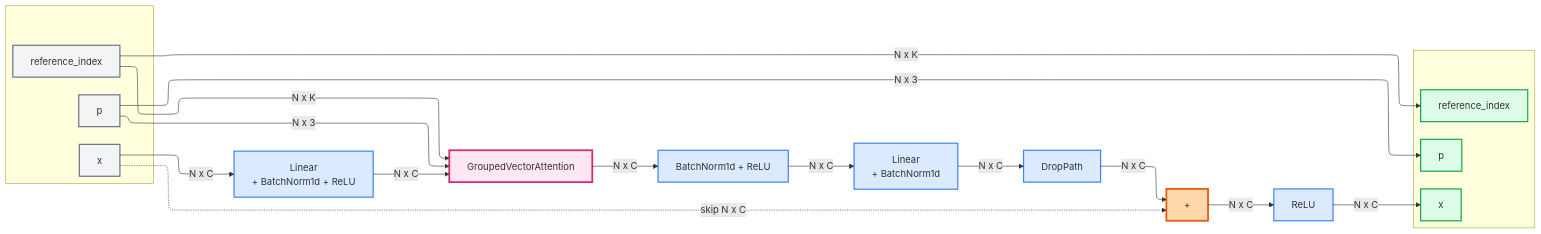
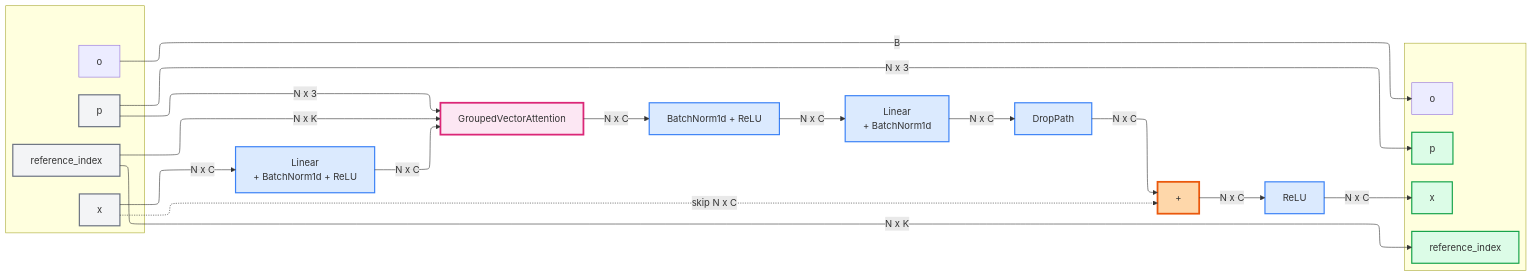
Before and after one commit to antoineach/antoineach.github.io: the diagram in assets/img/poinTransformerV2/block.md, drawn with Mermaid.

````diff
--- a/assets/img/poinTransformerV2/block.md
+++ b/assets/img/poinTransformerV2/block.md
@@ -1,58 +1,61 @@
 ```mermaid
 ---
 config:
   layout: elk
 ---
 graph LR
     subgraph InputPXO[" "]
         p["p"]
         x["x"]
+        o["o"]
         ref["reference_index"]
     end
     
     x -->|N x C| FC1["Linear<br>+ BatchNorm1d + ReLU"]
     
     FC1 -->|N x C| GVA["GroupedVectorAttention"]
     
     p -->|N x 3| GVA
     ref -->|N x K| GVA
     
     GVA -->|N x C| Norm2["BatchNorm1d + ReLU"]
     Norm2 -->|N x C| FC3["Linear<br>+ BatchNorm1d"]
     
     FC3 -->|N x C| DropPath["DropPath"]
     DropPath -->|N x C| Add["+"]
     x -.skip N x C.-> Add
     
     Add -->|N x C| ReLU["ReLU"]
     
     subgraph OutputPXO[" "]
         pout["p"]
         xout["x"]
+        oout_t["o"]
         oout["reference_index"]
     end
     
     p -->|N x 3| pout
     ReLU -->|N x C| xout
 
+    o --> |B| oout_t
     ref -->|N x K| oout
     
     style p fill:#f3f4f6,stroke:#6b7280,stroke-width:2px
     style x fill:#f3f4f6,stroke:#6b7280,stroke-width:2px
     style ref fill:#f3f4f6,stroke:#6b7280,stroke-width:2px
     
     style FC1 fill:#dbeafe,stroke:#3b82f6,stroke-width:2px
     
     style GVA fill:#fce7f3,stroke:#db2777,stroke-width:3px
     
     style Norm2 fill:#dbeafe,stroke:#3b82f6,stroke-width:2px
     style FC3 fill:#dbeafe,stroke:#3b82f6,stroke-width:2px
     style DropPath fill:#dbeafe,stroke:#3b82f6,stroke-width:2px
     
     style Add fill:#fed7aa,stroke:#ea580c,stroke-width:3px
     style ReLU fill:#dbeafe,stroke:#3b82f6,stroke-width:2px
     
     style pout fill:#dcfce7,stroke:#16a34a,stroke-width:2px
     style xout fill:#dcfce7,stroke:#16a34a,stroke-width:2px
     style oout fill:#dcfce7,stroke:#16a34a,stroke-width:2px
 ```
````
